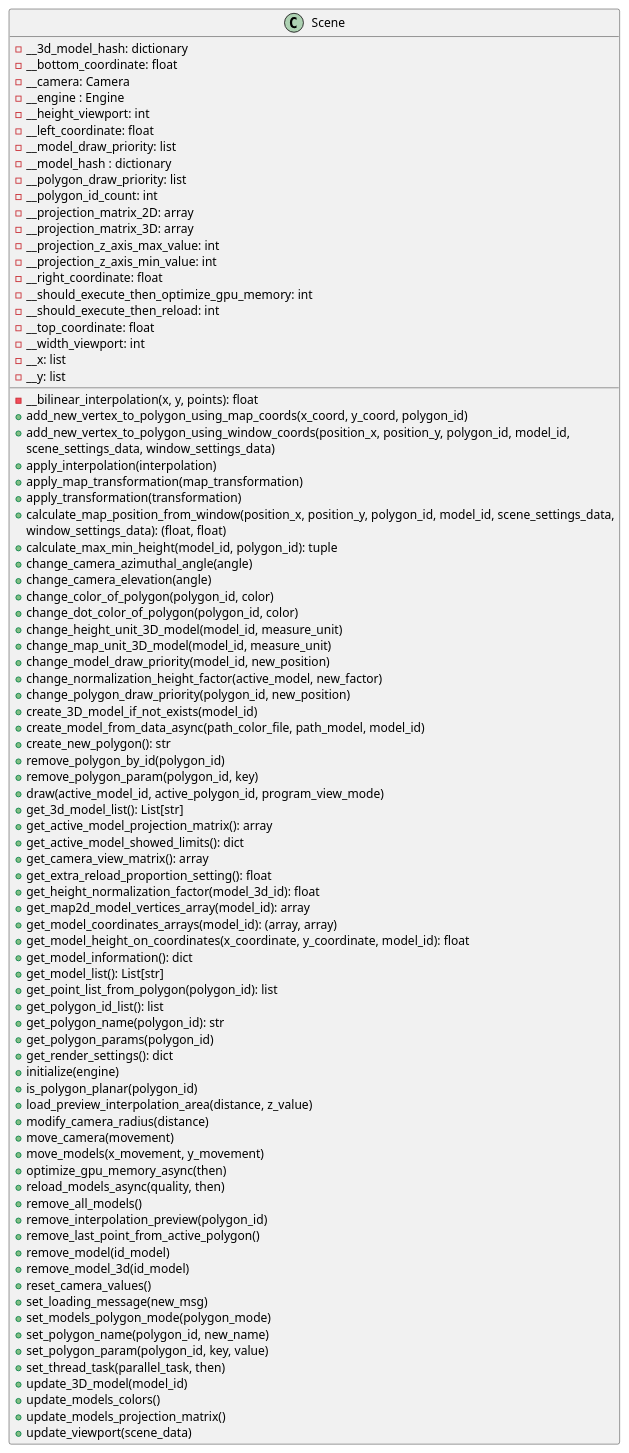
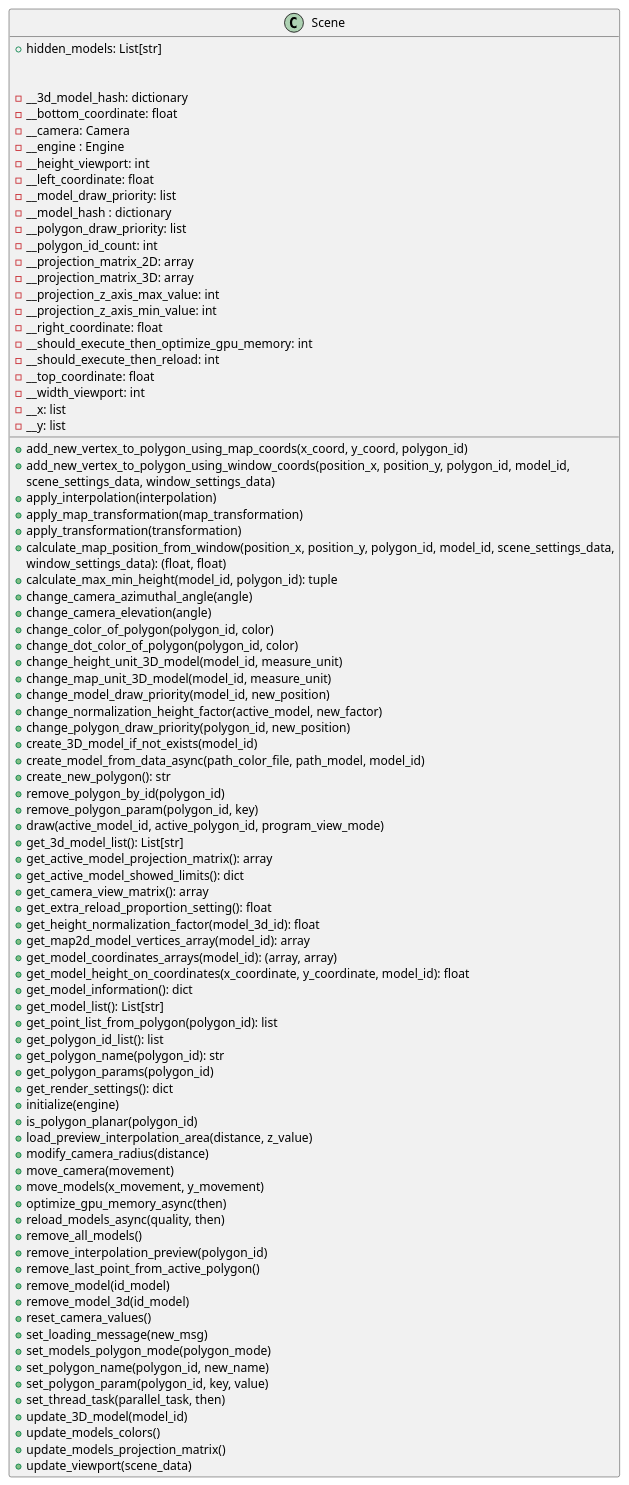
Before and after one commit to ferpoble2/Relief_Creator: the diagram in docs/classes/Scene.puml, drawn with PlantUML. The commit also changed 2 other files, not shown here.

```diff
--- a/docs/classes/Scene.puml
+++ b/docs/classes/Scene.puml
@@ -1,90 +1,91 @@
 @startuml
     class Scene{
-        - __bilinear_interpolation(x, y, points): float
+        + hidden_models: List[str]
+
         + add_new_vertex_to_polygon_using_map_coords(x_coord, y_coord, polygon_id)
         + add_new_vertex_to_polygon_using_window_coords(position_x, position_y, polygon_id, model_id,
                                                         scene_settings_data, window_settings_data)
         + apply_interpolation(interpolation)
         + apply_map_transformation(map_transformation)
         + apply_transformation(transformation)
         + calculate_map_position_from_window(position_x, position_y, polygon_id, model_id, scene_settings_data,
                                                window_settings_data): (float, float)
         + calculate_max_min_height(model_id, polygon_id): tuple
         + change_camera_azimuthal_angle(angle)
         + change_camera_elevation(angle)
         + change_color_of_polygon(polygon_id, color)
         + change_dot_color_of_polygon(polygon_id, color)
         + change_height_unit_3D_model(model_id, measure_unit)
         + change_map_unit_3D_model(model_id, measure_unit)
         + change_model_draw_priority(model_id, new_position)
         + change_normalization_height_factor(active_model, new_factor)
         + change_polygon_draw_priority(polygon_id, new_position)
         + create_3D_model_if_not_exists(model_id)
         + create_model_from_data_async(path_color_file, path_model, model_id)
         + create_new_polygon(): str
         + remove_polygon_by_id(polygon_id)
         + remove_polygon_param(polygon_id, key)
         + draw(active_model_id, active_polygon_id, program_view_mode)
         + get_3d_model_list(): List[str]
         + get_active_model_projection_matrix(): array
         + get_active_model_showed_limits(): dict
         + get_camera_view_matrix(): array
         + get_extra_reload_proportion_setting(): float
         + get_height_normalization_factor(model_3d_id): float
         + get_map2d_model_vertices_array(model_id): array
         + get_model_coordinates_arrays(model_id): (array, array)
         + get_model_height_on_coordinates(x_coordinate, y_coordinate, model_id): float
         + get_model_information(): dict
         + get_model_list(): List[str]
         + get_point_list_from_polygon(polygon_id): list
         + get_polygon_id_list(): list
         + get_polygon_name(polygon_id): str
         + get_polygon_params(polygon_id)
         + get_render_settings(): dict
         + initialize(engine)
         + is_polygon_planar(polygon_id)
         + load_preview_interpolation_area(distance, z_value)
         + modify_camera_radius(distance)
         + move_camera(movement)
         + move_models(x_movement, y_movement)
         + optimize_gpu_memory_async(then)
         + reload_models_async(quality, then)
         + remove_all_models()
         + remove_interpolation_preview(polygon_id)
         + remove_last_point_from_active_polygon()
         + remove_model(id_model)
         + remove_model_3d(id_model)
         + reset_camera_values()
         + set_loading_message(new_msg)
         + set_models_polygon_mode(polygon_mode)
         + set_polygon_name(polygon_id, new_name)
         + set_polygon_param(polygon_id, key, value)
         + set_thread_task(parallel_task, then)
         + update_3D_model(model_id)
         + update_models_colors()
         + update_models_projection_matrix()
         + update_viewport(scene_data)
 
         - __3d_model_hash: dictionary
         - __bottom_coordinate: float
         - __camera: Camera
         - __engine : Engine
         - __height_viewport: int
         - __left_coordinate: float
         - __model_draw_priority: list
         - __model_hash : dictionary
         - __polygon_draw_priority: list
         - __polygon_id_count: int
         - __projection_matrix_2D: array
         - __projection_matrix_3D: array
         - __projection_z_axis_max_value: int
         - __projection_z_axis_min_value: int
         - __right_coordinate: float
         - __should_execute_then_optimize_gpu_memory: int
         - __should_execute_then_reload: int
         - __top_coordinate: float
         - __width_viewport: int
         - __x: list
         - __y: list
     }
 @enduml
```
